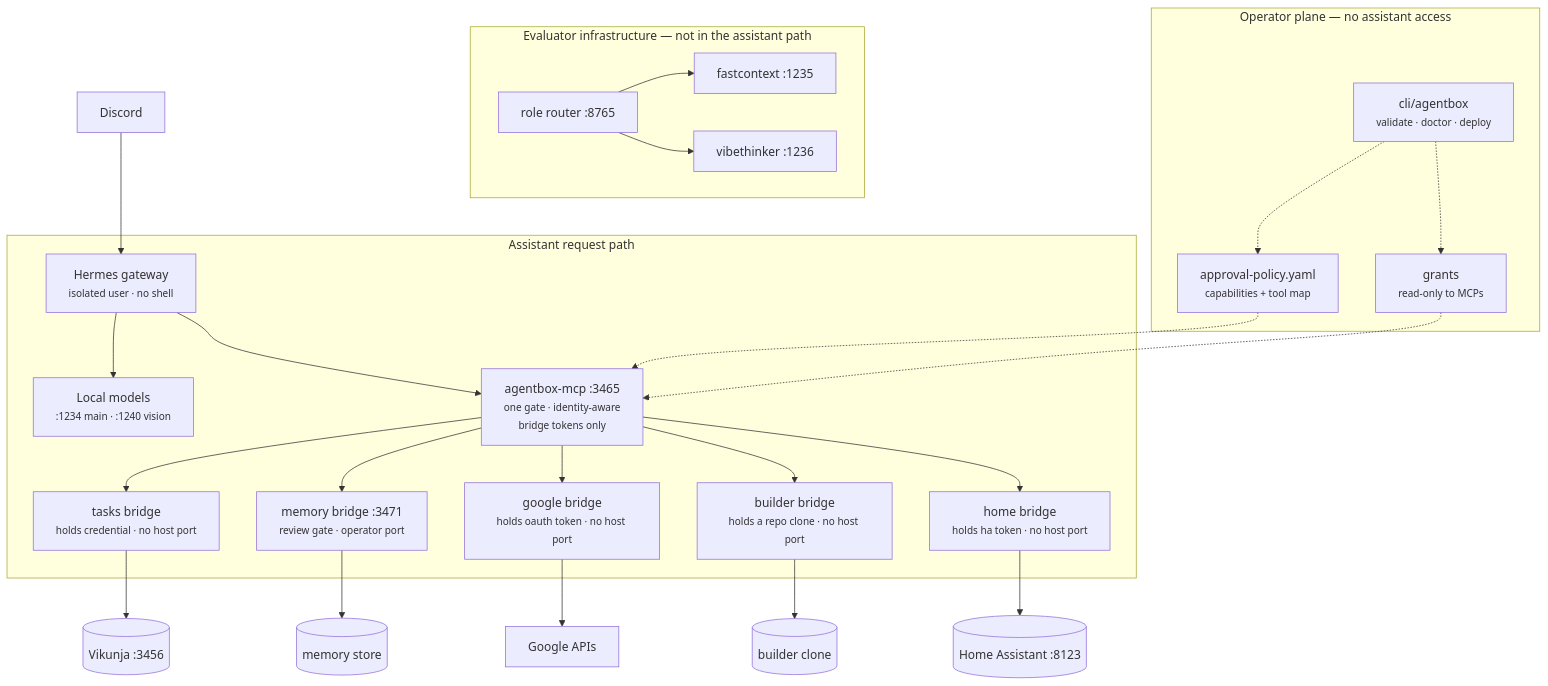
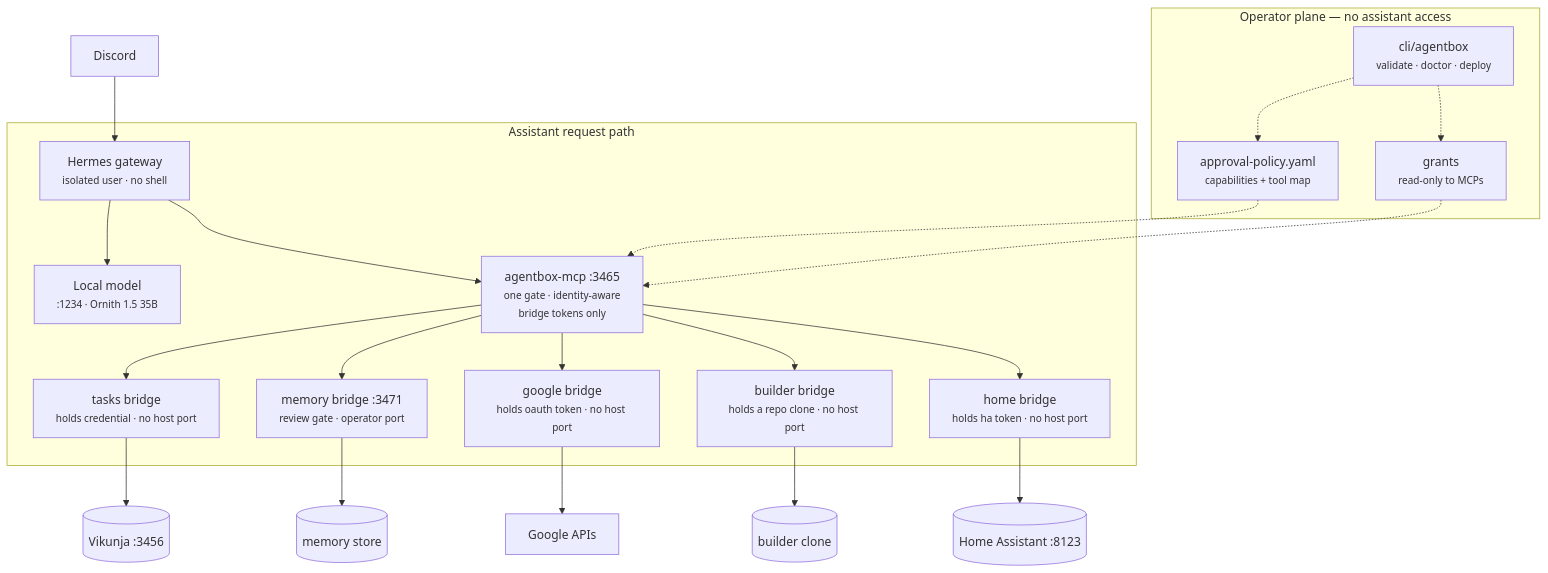
Before and after one commit to fstubner/agentbox: the diagram in docs/architecture.md, drawn with Mermaid. The commit also changed other lines of this file and 15 other files, not shown here.

````diff
--- a/docs/architecture.md
+++ b/docs/architecture.md
@@ -22,37 +22,32 @@
 ```mermaid
 flowchart TD
     discord[Discord] --> gw
 
     subgraph assistant[Assistant request path]
         gw["Hermes gateway<br/><small>isolated user · no shell</small>"]
-        gw --> models["Local models<br/><small>:1234 main · :1240 vision</small>"]
+        gw --> models["Local model<br/><small>:1234 · Ornith 1.5 35B</small>"]
         gw --> amcp["agentbox-mcp :3465<br/><small>one gate · identity-aware<br/>bridge tokens only</small>"]
         amcp --> tbr["tasks bridge<br/><small>holds credential · no host port</small>"]
         amcp --> mbr["memory bridge :3471<br/><small>review gate · operator port</small>"]
         amcp --> gbr["google bridge<br/><small>holds oauth token · no host port</small>"]
         amcp --> bbr["builder bridge<br/><small>holds a repo clone · no host port</small>"]
         amcp --> hbr["home bridge<br/><small>holds ha token · no host port</small>"]
     end
 
     tbr --> vik[(Vikunja :3456)]
     mbr --> mem[(memory store)]
     gbr --> goog[Google APIs]
     bbr --> clone[(builder clone)]
     hbr --> ha[(Home Assistant :8123)]
 
-    subgraph evaluator[Evaluator infrastructure — not in the assistant path]
-        router["role router :8765"] --> ctx["fastcontext :1235"]
-        router --> rsn["vibethinker :1236"]
-    end
-
     subgraph operator[Operator plane — no assistant access]
         cli["cli/agentbox<br/><small>validate · doctor · deploy</small>"]
         pol["approval-policy.yaml<br/><small>capabilities + tool map</small>"]
         grant["grants<br/><small>read-only to MCPs</small>"]
     end
 
     cli -.-> pol
     cli -.-> grant
     pol -.-> amcp
     grant -.-> amcp
 ```
````
